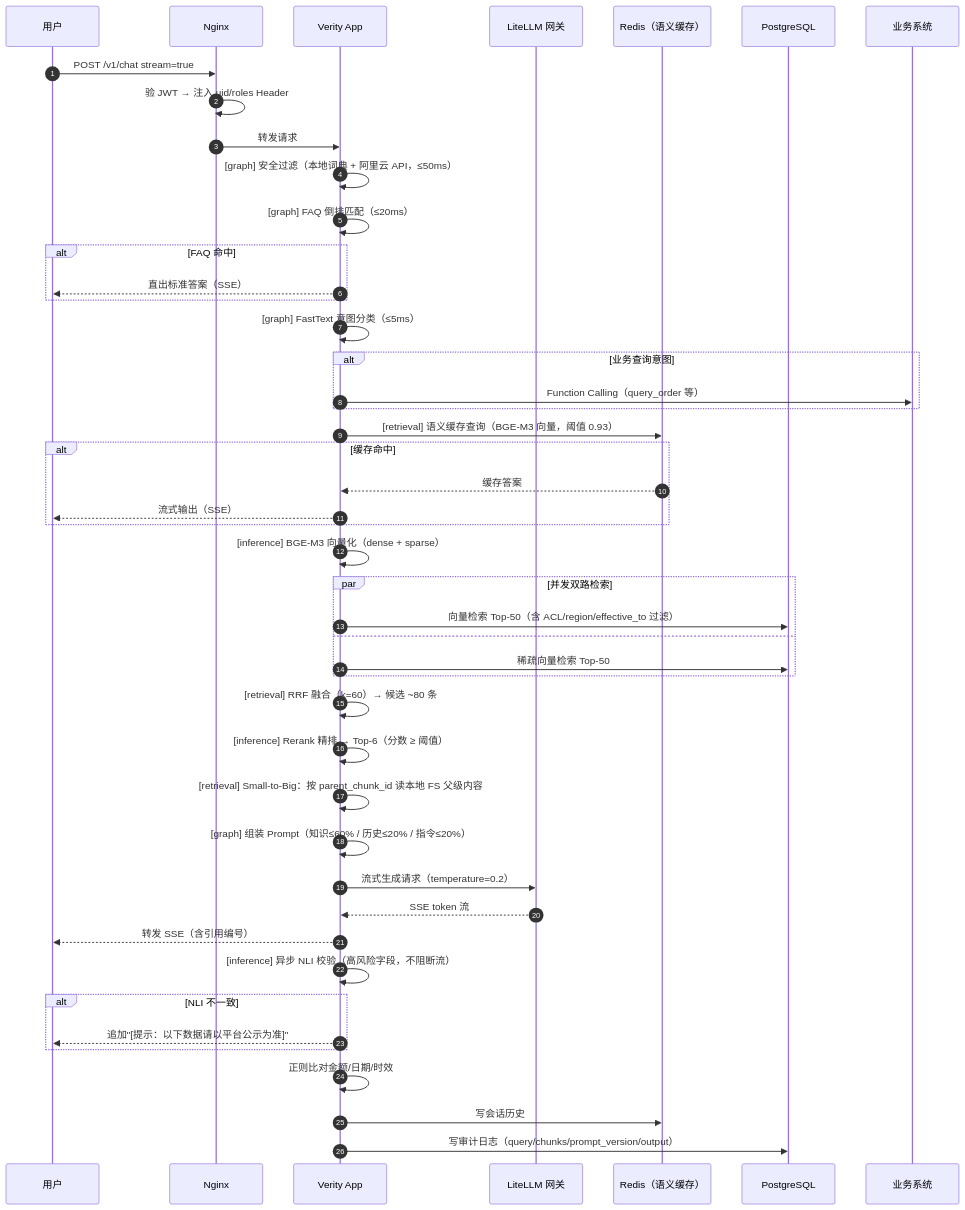
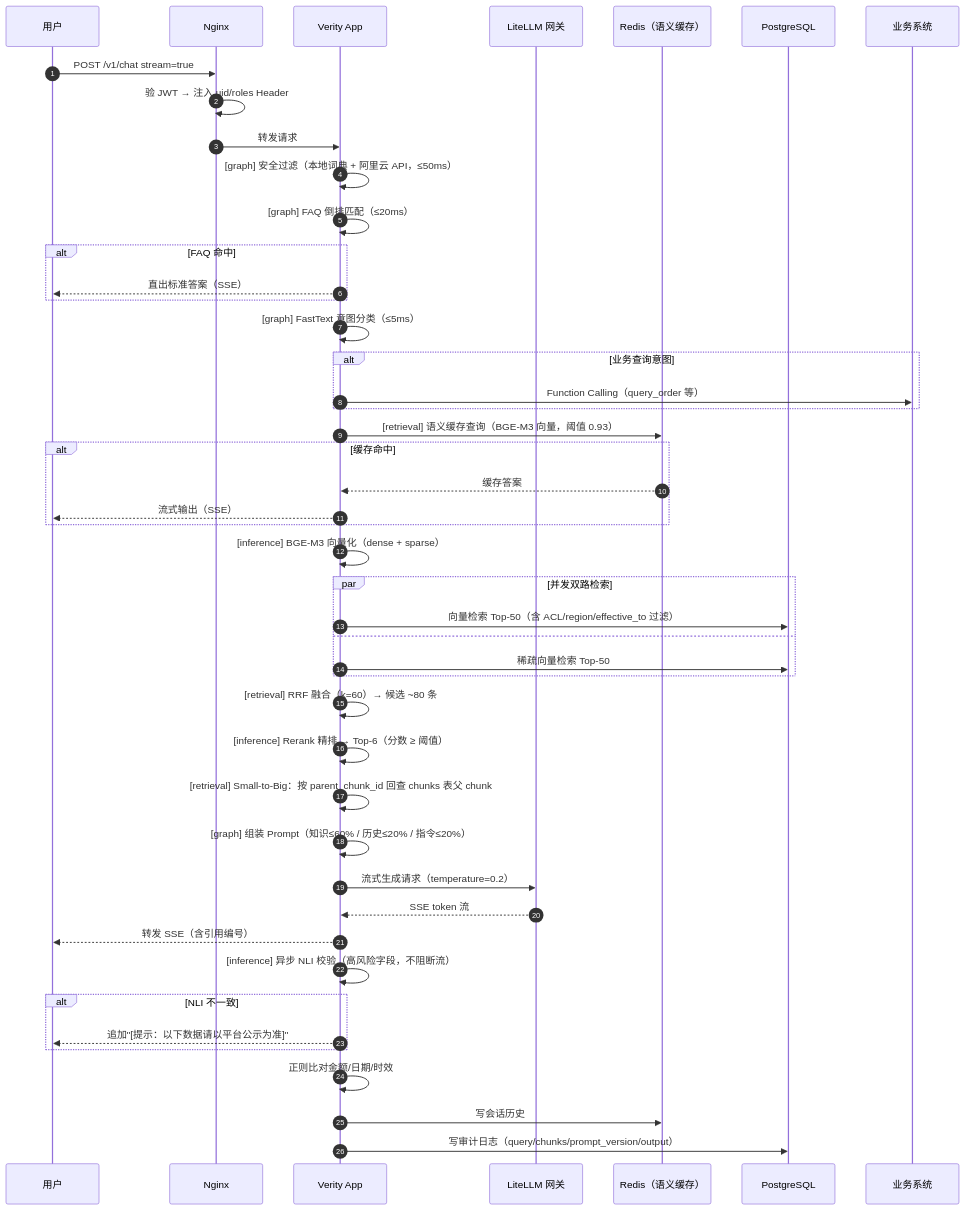
Before and after one commit to meteorion/verity: the third of 8 diagrams in doc/arch.md, drawn with Mermaid. The commit also changed other lines of this file and 5 other files, not shown here.

````diff
--- a/doc/arch.md
+++ b/doc/arch.md
@@ -183,55 +183,55 @@
 ```mermaid
 sequenceDiagram
     autonumber
     participant U  as 用户
     participant GW as Nginx
     participant A  as Verity App
     participant LG as LiteLLM 网关
     participant RC as Redis（语义缓存）
     participant PG as PostgreSQL
 
     U  ->> GW : POST /v1/chat  stream=true
     GW ->> GW : 验 JWT → 注入 uid/roles Header
     GW ->> A  : 转发请求
 
     A  ->> A  : [graph] 安全过滤（本地词典 + 阿里云 API，≤50ms）
     A  ->> A  : [graph] FAQ 倒排匹配（≤20ms）
     alt FAQ 命中
         A -->> U : 直出标准答案（SSE）
     end
 
     A  ->> A  : [graph] FastText 意图分类（≤5ms）
     alt 业务查询意图
         A  ->> 业务系统 : Function Calling（query_order 等）
     end
 
     A  ->> RC : [retrieval] 语义缓存查询（BGE-M3 向量，阈值 0.93）
     alt 缓存命中
         RC -->> A : 缓存答案
         A  -->> U : 流式输出（SSE）
     end
 
     A  ->> A  : [inference] BGE-M3 向量化（dense + sparse）
     par 并发双路检索
         A  ->> PG : 向量检索 Top-50（含 ACL/region/effective_to 过滤）
     and
         A  ->> PG : 稀疏向量检索 Top-50
     end
     A  ->> A  : [retrieval] RRF 融合（k=60）→ 候选 ~80 条
     A  ->> A  : [inference] Rerank 精排 → Top-6（分数 ≥ 阈值）
-    A  ->> A  : [retrieval] Small-to-Big：按 parent_chunk_id 读本地 FS 父级内容
+    A  ->> A  : [retrieval] Small-to-Big：按 parent_chunk_id 回查 chunks 表父 chunk
 
     A  ->> A  : [graph] 组装 Prompt（知识≤60% / 历史≤20% / 指令≤20%）
     A  ->> LG : 流式生成请求（temperature=0.2）
     LG -->> A : SSE token 流
     A  -->> U : 转发 SSE（含引用编号）
 
     A  ->> A  : [inference] 异步 NLI 校验（高风险字段，不阻断流）
     alt NLI 不一致
         A  -->> U : 追加"[提示：以下数据请以平台公示为准]"
     end
 
     A  ->> A  : 正则比对金额/日期/时效
     A  ->> RC : 写会话历史
     A  ->> PG : 写审计日志（query/chunks/prompt_version/output）
 ```
````
